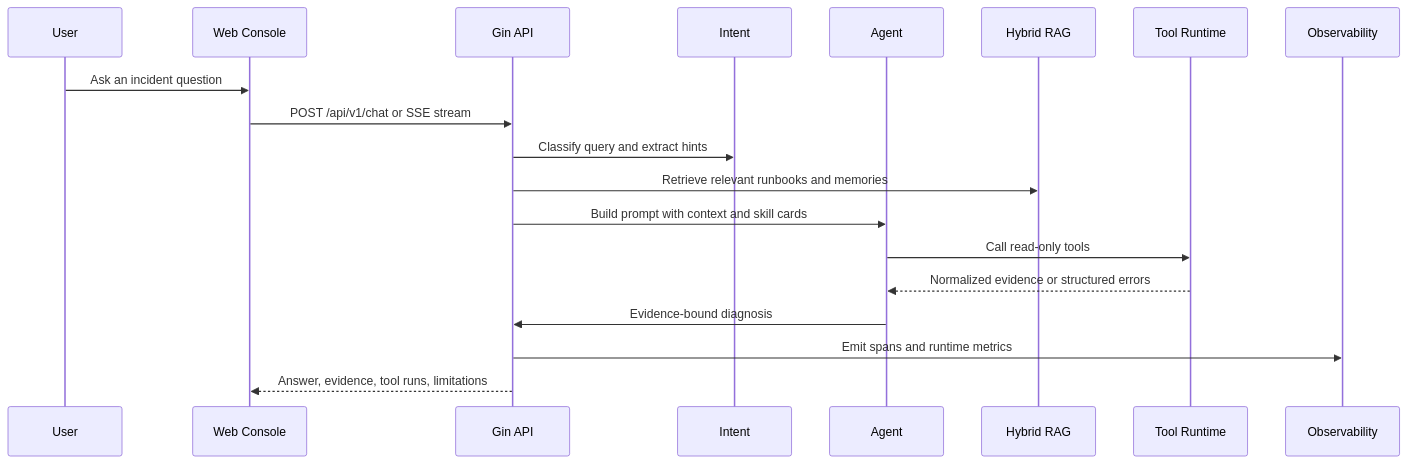
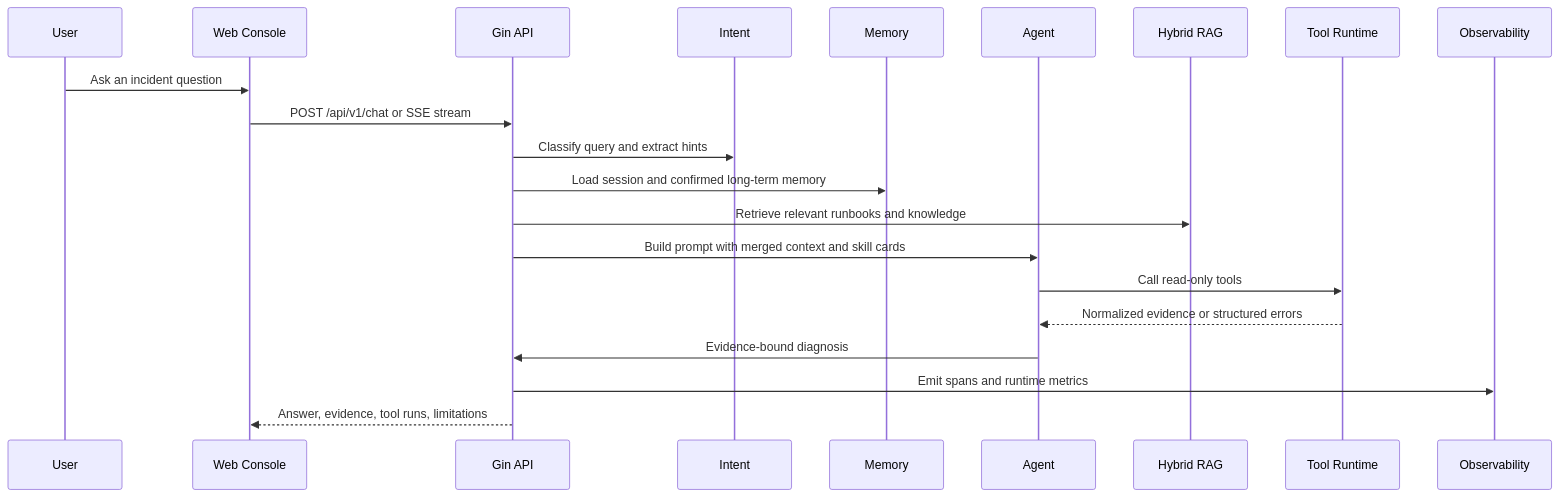
One commit to jiawei-wang-dev/WatchOps-Lite changed the second of 9 diagrams in README.md. Above: the diagram before and after it, drawn with Mermaid. The commit also changed other lines of this file and 1 other file, not shown here.

````diff
--- a/README.md
+++ b/README.md
@@ -116,22 +99,24 @@
 ```mermaid
 sequenceDiagram
     participant User
     participant UI as Web Console
     participant API as Gin API
     participant Intent
+    participant Memory
     participant Agent
     participant RAG as Hybrid RAG
     participant Tools as Tool Runtime
     participant Obs as Observability
 
     User->>UI: Ask an incident question
     UI->>API: POST /api/v1/chat or SSE stream
     API->>Intent: Classify query and extract hints
-    API->>RAG: Retrieve relevant runbooks and memories
-    API->>Agent: Build prompt with context and skill cards
+    API->>Memory: Load session and confirmed long-term memory
+    API->>RAG: Retrieve relevant runbooks and knowledge
+    API->>Agent: Build prompt with merged context and skill cards
     Agent->>Tools: Call read-only tools
     Tools-->>Agent: Normalized evidence or structured errors
     Agent->>API: Evidence-bound diagnosis
     API->>Obs: Emit spans and runtime metrics
     API-->>UI: Answer, evidence, tool runs, limitations
 ```
````
